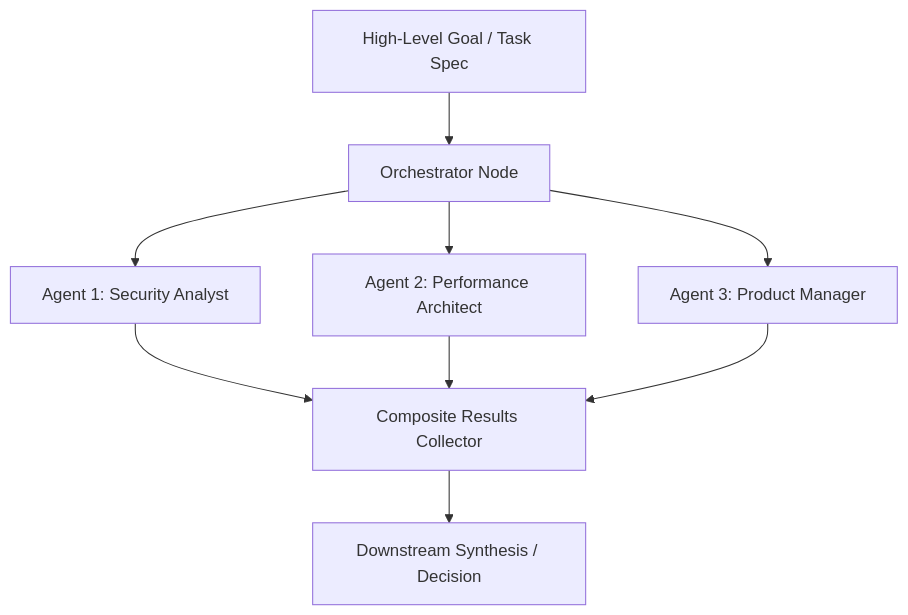
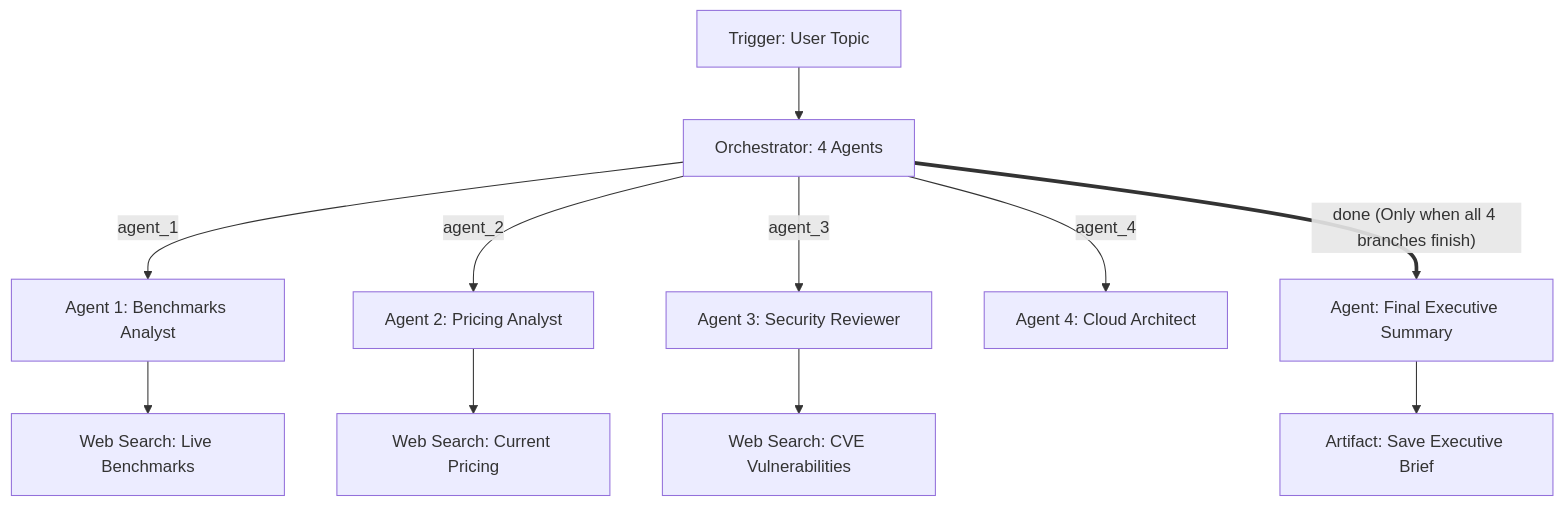
Before and after one commit to farazfaraji/worker-manager: the second of 2 diagrams in backend/doc/tools/orchestrator.md, drawn with Mermaid. The commit also changed other lines of this file and 143 other files, not shown here.

````diff
--- a/backend/doc/tools/orchestrator.md
+++ b/backend/doc/tools/orchestrator.md
@@ -28,11 +275,16 @@
 ```mermaid
 graph TD
-    Goal[High-Level Goal / Task Spec] --> Orch[Orchestrator Node]
-    Orch --> A1[Agent 1: Security Analyst]
-    Orch --> A2[Agent 2: Performance Architect]
-    Orch --> A3[Agent 3: Product Manager]
-    A1 --> Agg[Composite Results Collector]
-    A2 --> Agg
-    A3 --> Agg
-    Agg --> Downstream[Downstream Synthesis / Decision]
+    Trigger[Trigger: User Topic] --> Orch[Orchestrator: 4 Agents]
+
+    Orch -- "agent_1" --> A1[Agent 1: Benchmarks Analyst]
+    Orch -- "agent_2" --> A2[Agent 2: Pricing Analyst]
+    Orch -- "agent_3" --> A3[Agent 3: Security Reviewer]
+    Orch -- "agent_4" --> A4[Agent 4: Cloud Architect]
+
+    A1 --> WS1[Web Search: Live Benchmarks]
+    A2 --> WS2[Web Search: Current Pricing]
+    A3 --> WS3[Web Search: CVE Vulnerabilities]
+
+    Orch == "done (Only when all 4 branches finish)" ==> Synth[Agent: Final Executive Summary]
+    Synth --> Report[Artifact: Save Executive Brief]
 ```
````
